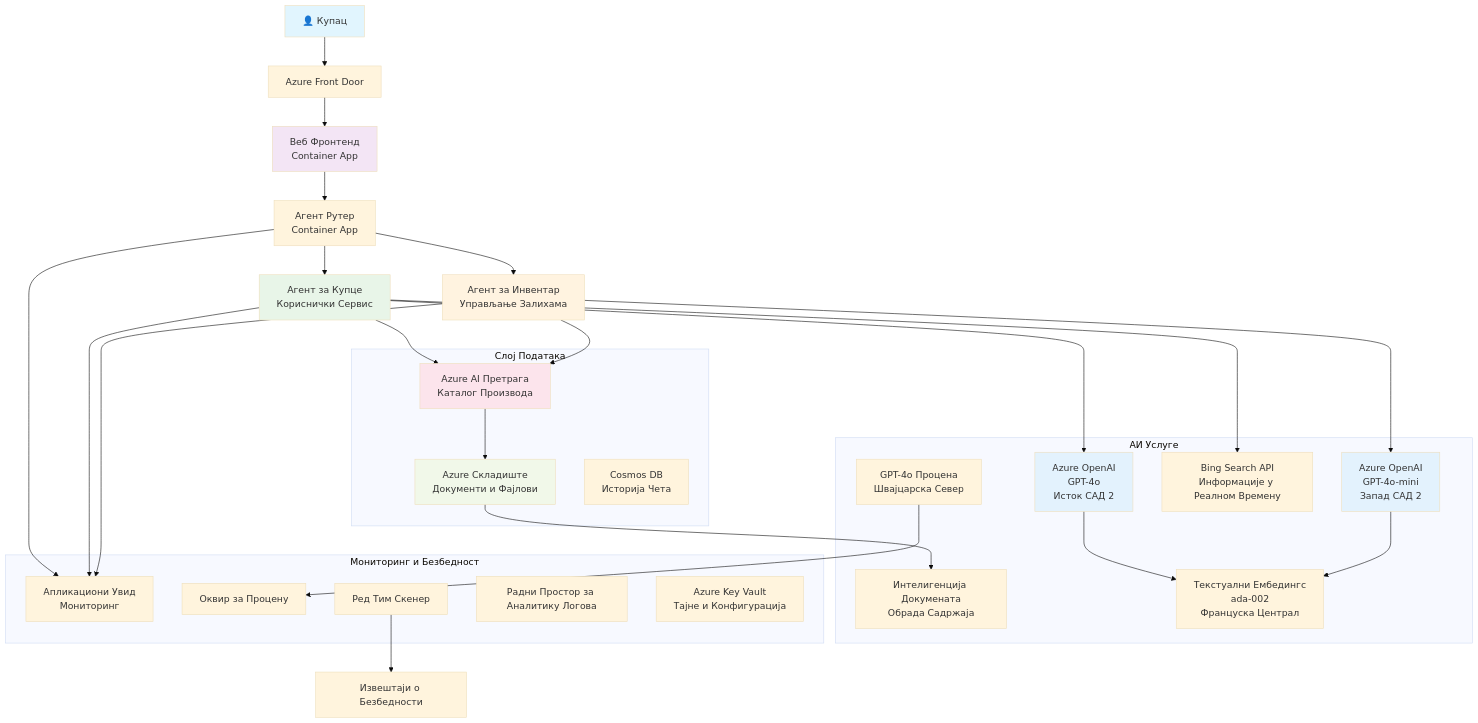
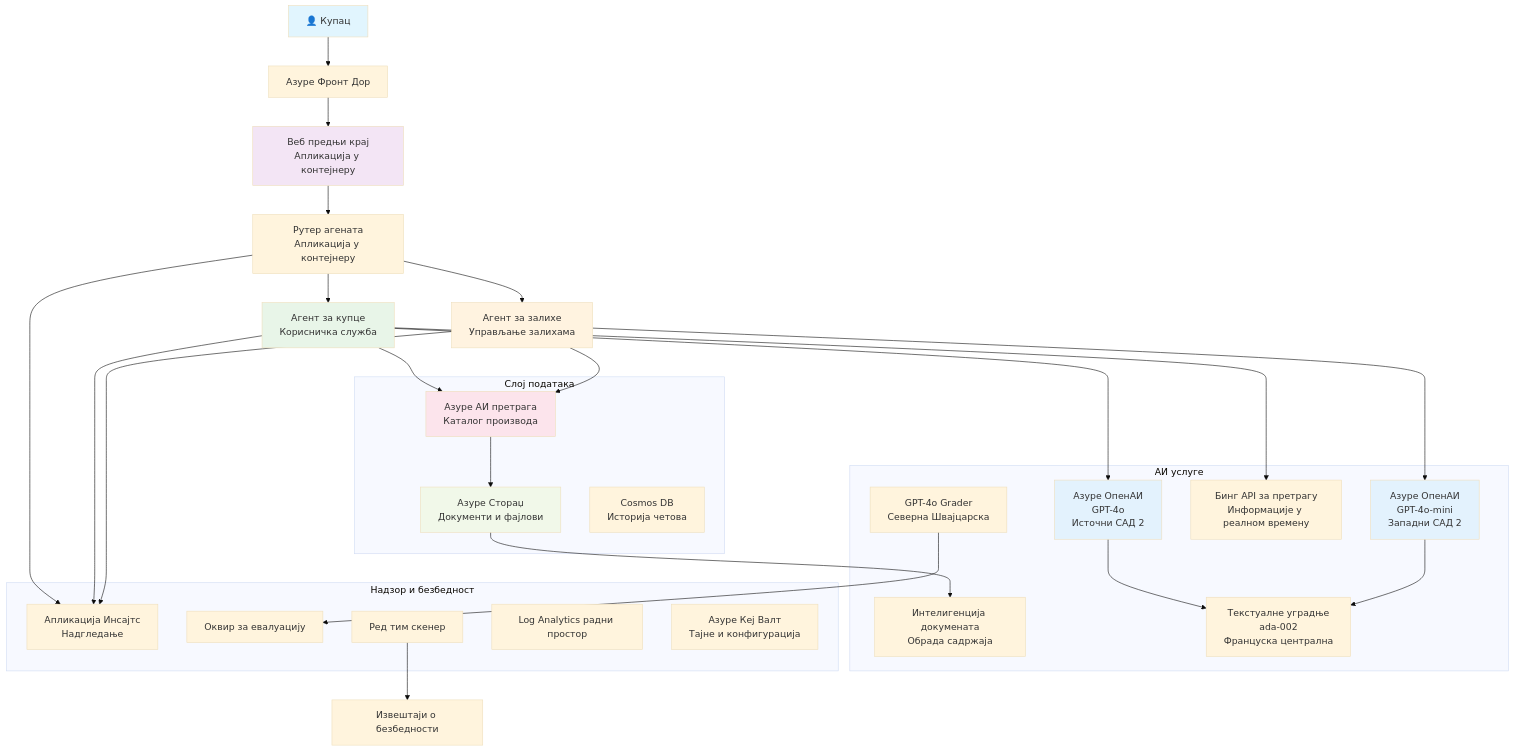
The diagram in translations/sr/examples/retail-scenario.md (microsoft/AZD-for-beginners), drawn with Mermaid (base theme) before and after one commit. The commit also changed other lines of this file and 242 other files, not shown here.

````diff
--- a/translations/sr/examples/retail-scenario.md
+++ b/translations/sr/examples/retail-scenario.md
@@ -148,61 +139,61 @@
 ```mermaid
 graph TB
-    User[👤 Купац] --> LB[Azure Front Door]
-    LB --> WebApp[Веб Фронтенд<br/>Container App]
+    User[👤 Купац] --> LB[Азуре Фронт Дор]
+    LB --> WebApp[Веб предњи крај<br/>Апликација у контејнеру]
     
-    WebApp --> Router[Агент Рутер<br/>Container App]
-    Router --> CustomerAgent[Агент за Купце<br/>Кориснички Сервис]
-    Router --> InvAgent[Агент за Инвентар<br/>Управљање Залихама]
+    WebApp --> Router[Рутер агената<br/>Апликација у контејнеру]
+    Router --> CustomerAgent[Агент за купце<br/>Корисничка служба]
+    Router --> InvAgent[Агент за залихе<br/>Управљање залихама]
     
-    CustomerAgent --> OpenAI1[Azure OpenAI<br/>GPT-4o<br/>Исток САД 2]
-    InvAgent --> OpenAI2[Azure OpenAI<br/>GPT-4o-mini<br/>Запад САД 2]
+    CustomerAgent --> OpenAI1[Азуре ОпенАИ<br/>GPT-4o<br/>Источни САД 2]
+    InvAgent --> OpenAI2[Азуре ОпенАИ<br/>GPT-4o-mini<br/>Западни САД 2]
     
-    CustomerAgent --> AISearch[Azure AI Претрага<br/>Каталог Производа]
-    CustomerAgent --> BingSearch[Bing Search API<br/>Информације у Реалном Времену]
+    CustomerAgent --> AISearch[Азуре АИ претрага<br/>Каталог производа]
+    CustomerAgent --> BingSearch[Бинг API за претрагу<br/>Информације у реалном времену]
     InvAgent --> AISearch
     
-    AISearch --> Storage[Azure Складиште<br/>Документи и Фајлови]
-    Storage --> DocIntel[Интелигенција Докумената<br/>Обрада Садржаја]
+    AISearch --> Storage[Азуре Стораџ<br/>Документи и фајлови]
+    Storage --> DocIntel[Интелигенција докумената<br/>Обрада садржаја]
     
-    OpenAI1 --> Embeddings[Текстуални Ембедингс<br/>ada-002<br/>Француска Централ]
+    OpenAI1 --> Embeddings[Текстуалне уградње<br/>ada-002<br/>Француска централна]
     OpenAI2 --> Embeddings
     
-    Router --> AppInsights[Апликациони Увид<br/>Мониторинг]
+    Router --> AppInsights[Апликација Инсајтс<br/>Надгледање]
     CustomerAgent --> AppInsights
     InvAgent --> AppInsights
     
-    GraderModel[GPT-4o Процена<br/>Швајцарска Север] --> Evaluation[Оквир за Процену]
-    RedTeam[Ред Тим Скенер] --> SecurityReports[Извештаји о Безбедности]
+    GraderModel[GPT-4o Grader<br/>Северна Швајцарска] --> Evaluation[Оквир за евалуацију]
+    RedTeam[Ред тим скенер] --> SecurityReports[Извештаји о безбедности]
     
-    subgraph "Слој Података"
+    subgraph "Слој података"
         Storage
         AISearch
-        CosmosDB[Cosmos DB<br/>Историја Чета]
+        CosmosDB[Cosmos DB<br/>Историја четова]
     end
     
-    subgraph "АИ Услуге"
+    subgraph "АИ услуге"
         OpenAI1
         OpenAI2
         Embeddings
         GraderModel
         DocIntel
         BingSearch
     end
     
-    subgraph "Мониторинг и Безбедност"
+    subgraph "Надзор и безбедност"
         AppInsights
-        LogAnalytics[Радни Простор за Аналитику Логова]
-        KeyVault[Azure Key Vault<br/>Тајне и Конфигурација]
+        LogAnalytics[Log Analytics радни простор]
+        KeyVault[Азуре Кеј Валт<br/>Тајне и конфигурација]
         RedTeam
         Evaluation
     end
     
     style User fill:#e1f5fe
     style WebApp fill:#f3e5f5
     style CustomerAgent fill:#e8f5e8
     style InvAgent fill:#fff3e0
     style OpenAI1 fill:#e3f2fd
     style OpenAI2 fill:#e3f2fd
     style AISearch fill:#fce4ec
     style Storage fill:#f1f8e9
 ```
````
